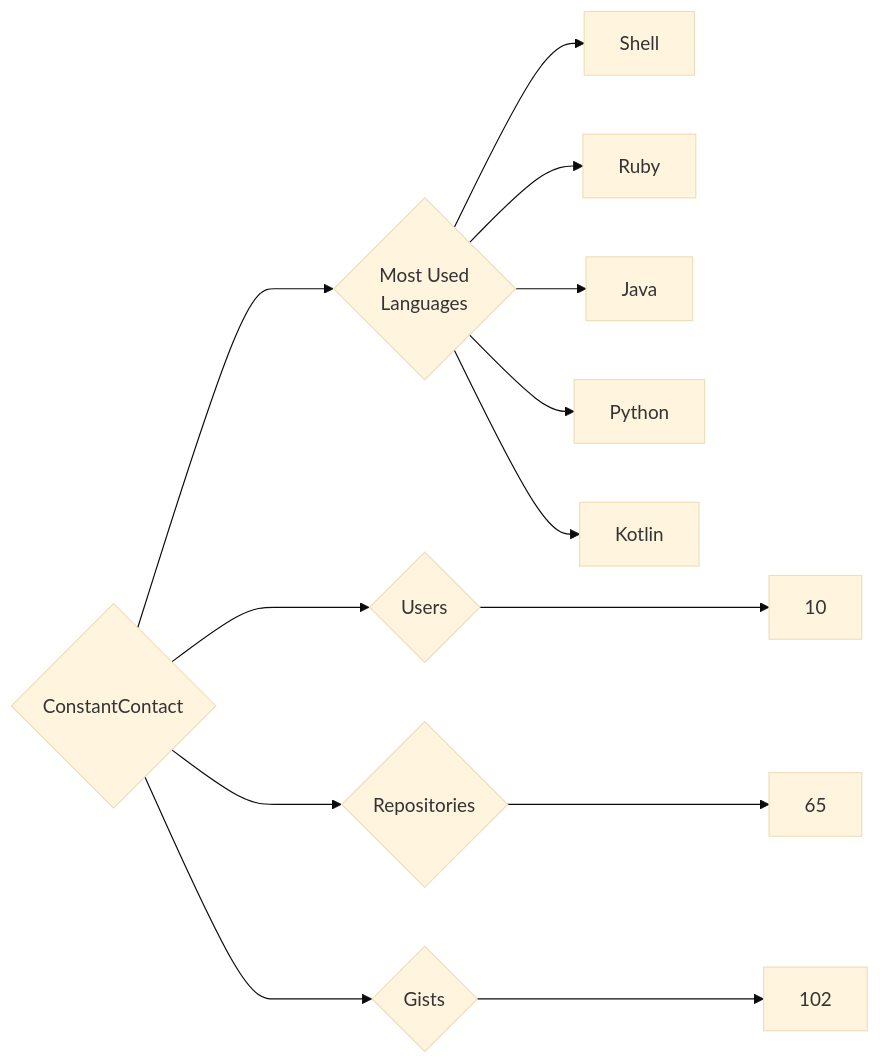
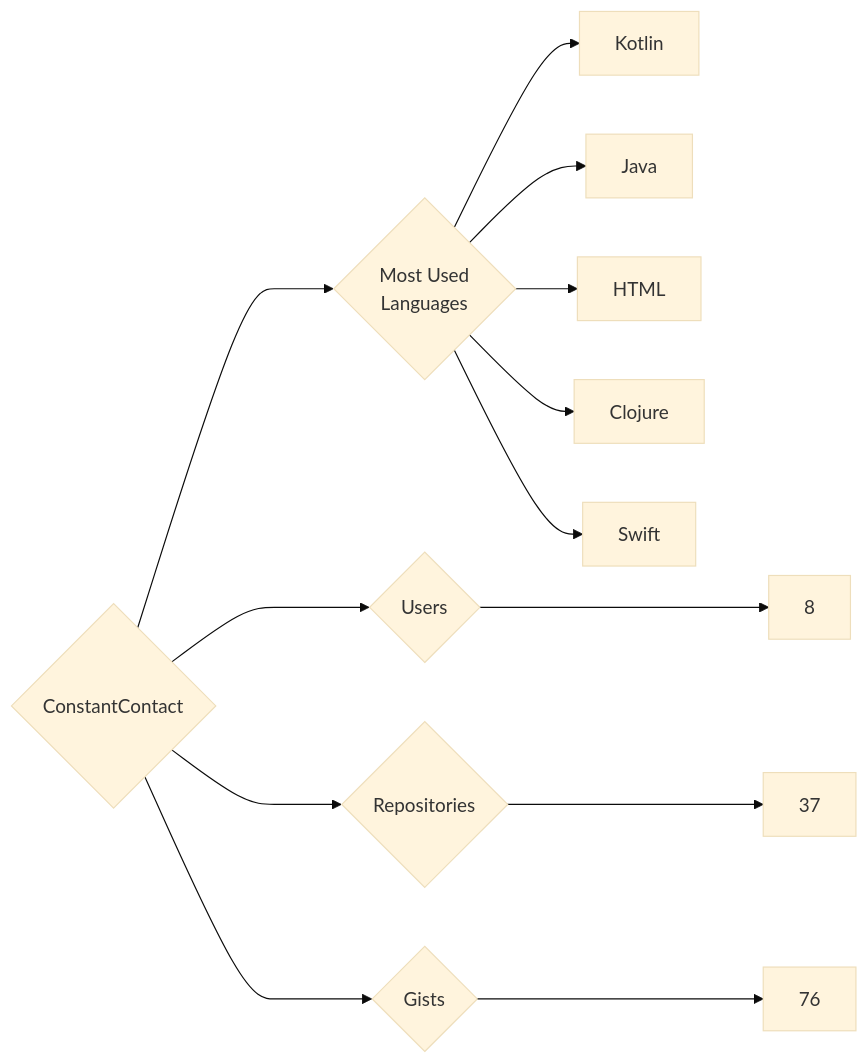
Before and after one commit to trickest/insiders: the diagram in targets/ConstantContact/README.md, drawn with Mermaid (base theme). The commit also changed 998 other files, not shown here.

````diff
--- a/targets/ConstantContact/README.md
+++ b/targets/ConstantContact/README.md
@@ -3,13 +3,13 @@
 ```mermaid
 graph LR
 COMPANY_NAME{ConstantContact}
-COMPANY_NAME ---> U{Users} ---> UN[10]
-COMPANY_NAME ---> R{Repositories} ---> RN[65]
-COMPANY_NAME ---> G{Gists} ---> GN[102]
+COMPANY_NAME ---> U{Users} ---> UN[8]
+COMPANY_NAME ---> R{Repositories} ---> RN[37]
+COMPANY_NAME ---> G{Gists} ---> GN[76]
 COMPANY_NAME ---> ML{Most Used<br>Languages}
-ML --> Shell[Shell]
-ML --> Ruby[Ruby]
+ML --> Kotlin[Kotlin]
 ML --> Java[Java]
-ML --> Python[Python]
-ML --> Kotlin[Kotlin]
+ML --> HTML[HTML]
+ML --> Clojure[Clojure]
+ML --> Swift[Swift]
 ```
````
